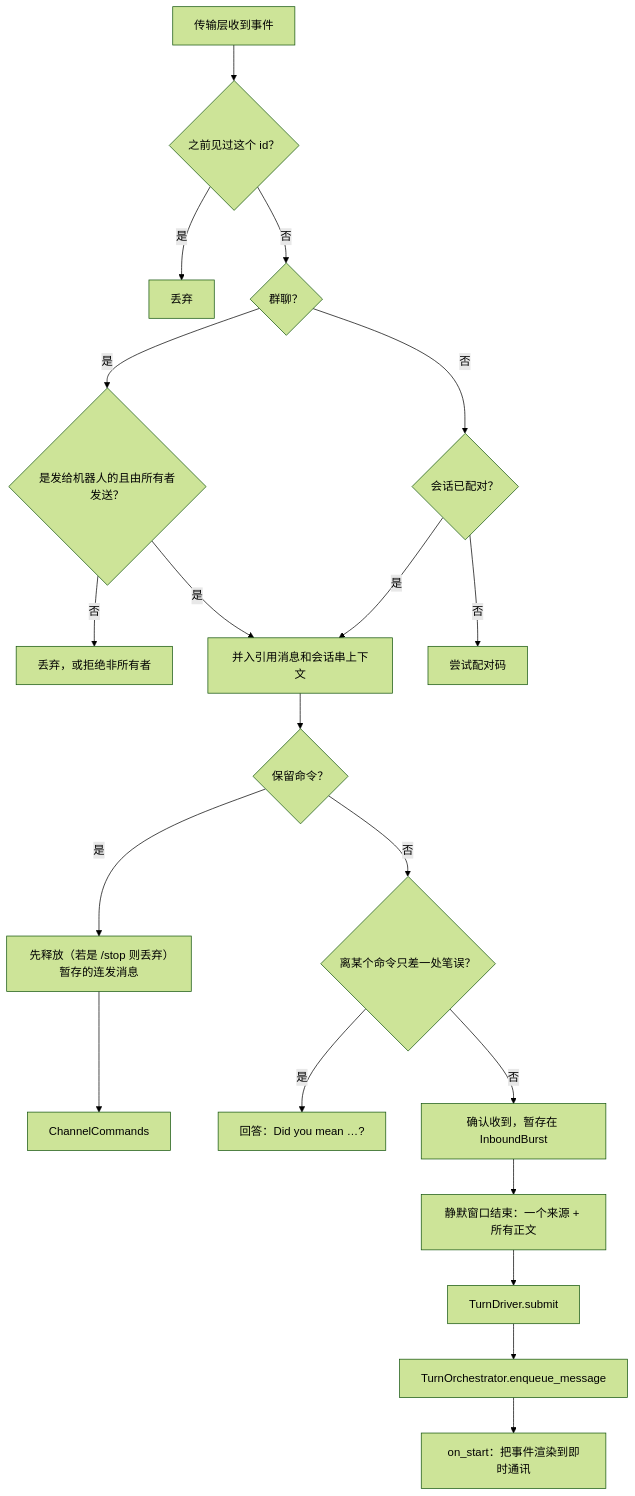
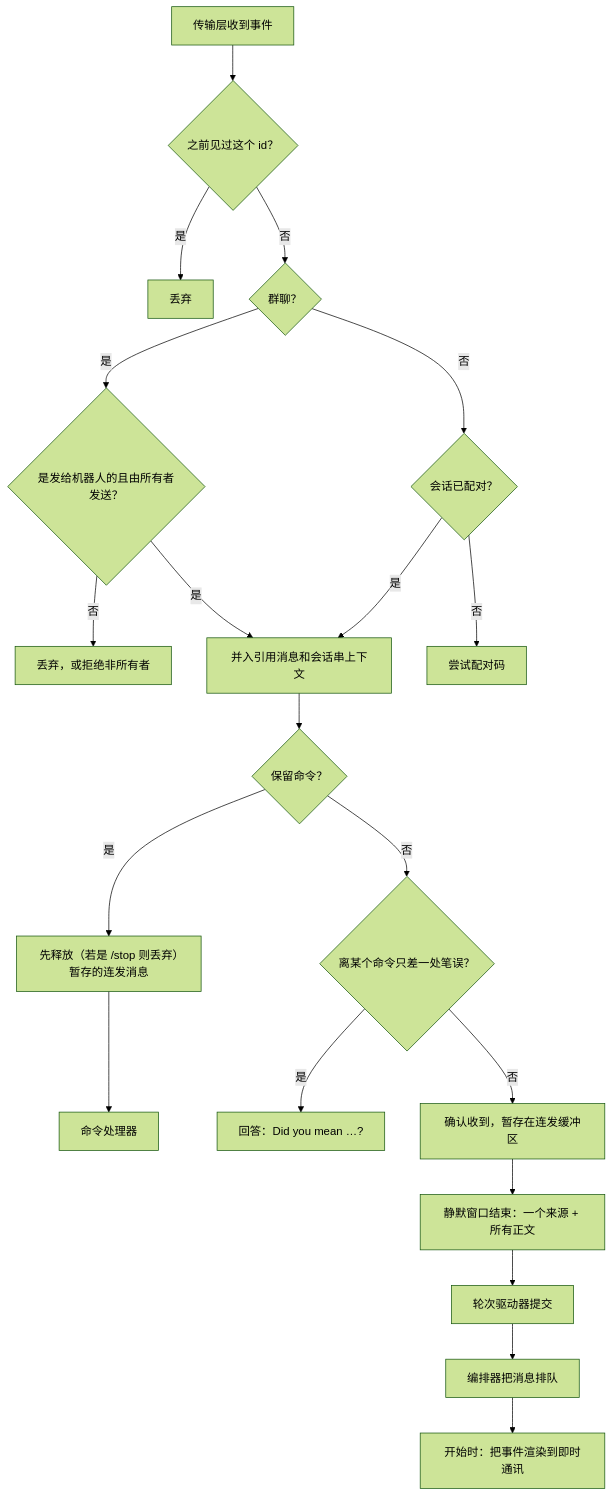
Before and after one commit to wyx-sg/Coffer: the third of 3 diagrams in docs-site/zh/architecture/chat.md, drawn with Mermaid (forest theme). The commit also changed other lines of this file and 29 other files, not shown here.

First line of the commit message:
docs(site): explain the architecture in plain terms, without source detail

````diff
--- a/docs-site/zh/architecture/chat.md
+++ b/docs-site/zh/architecture/chat.md
@@ -294,22 +294,22 @@
 ```mermaid
 flowchart TD
     A["传输层收到事件"] --> B{"之前见过这个 id？"}
     B -- 是 --> X["丢弃"]
     B -- 否 --> C{"群聊？"}
     C -- 是 --> D{"是发给机器人的且由所有者发送？"}
     D -- 否 --> X2["丢弃，或拒绝非所有者"]
     D -- 是 --> F
     C -- 否 --> E{"会话已配对？"}
     E -- 否 --> P["尝试配对码"]
     E -- 是 --> F["并入引用消息和会话串上下文"]
     F --> G{"保留命令？"}
-    H0 --> H["ChannelCommands"]
+    H0 --> H["命令处理器"]
     G -- 是 --> H0["先释放（若是 /stop 则丢弃）暂存的连发消息"]
     G -- 否 --> T{"离某个命令只差一处笔误？"}
     T -- 是 --> TY["回答：Did you mean …?"]
-    T -- 否 --> I["确认收到，暂存在 InboundBurst"]
+    T -- 否 --> I["确认收到，暂存在连发缓冲区"]
     I --> I2["静默窗口结束：一个来源 + 所有正文"]
-    I2 --> J["TurnDriver.submit"]
-    J --> K["TurnOrchestrator.enqueue_message"]
-    K --> L["on_start：把事件渲染到即时通讯"]
+    I2 --> J["轮次驱动器提交"]
+    J --> K["编排器把消息排队"]
+    K --> L["开始时：把事件渲染到即时通讯"]
 ```
````
